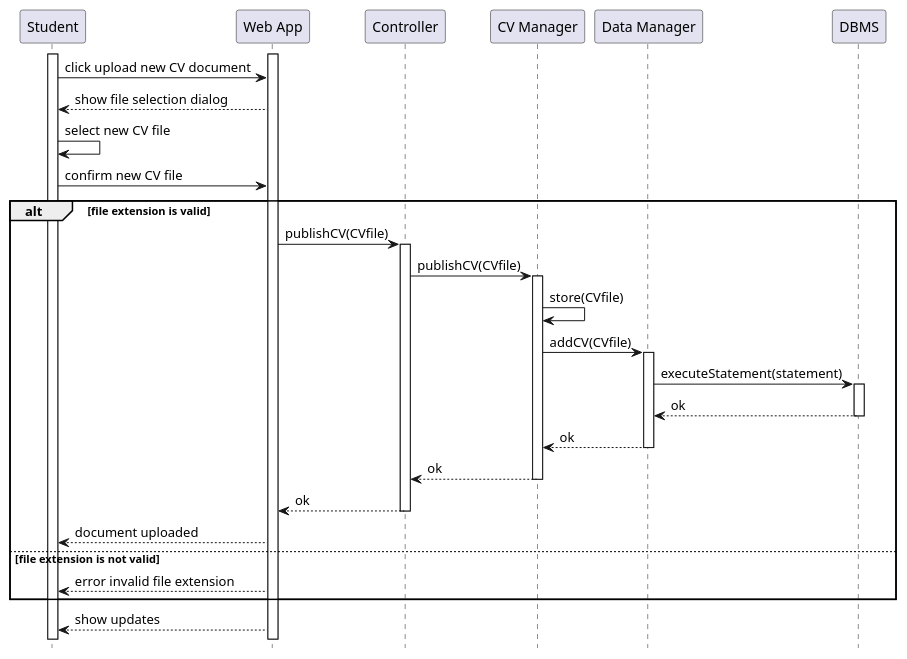
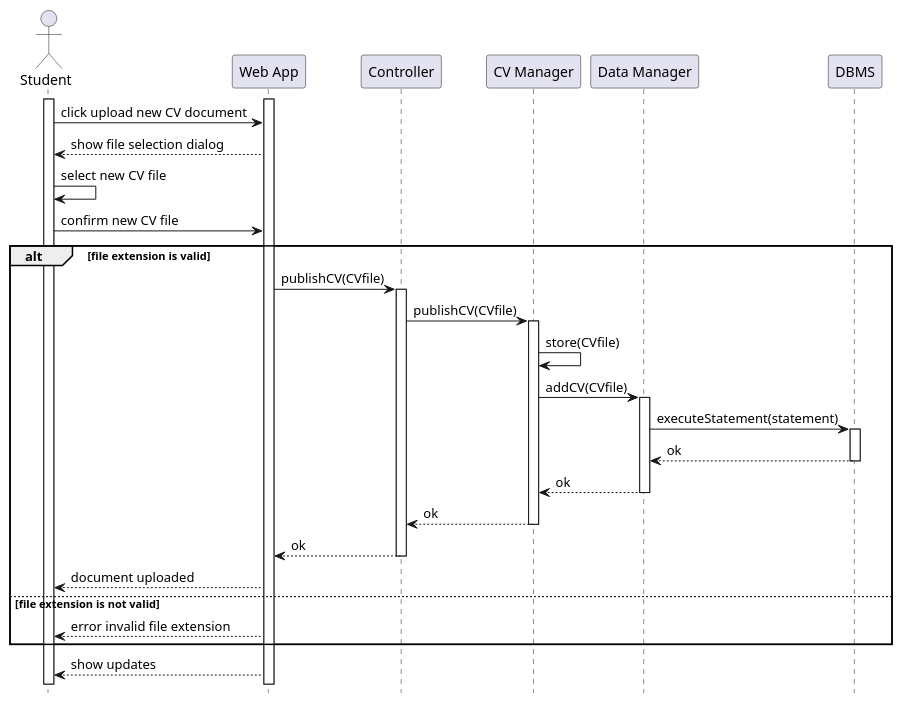
The diagram in DD/Architectural_design/uml_diagrams/RV12_diagram.puml (matti8702/R_and_DD_project_SE2), drawn with PlantUML before and after one commit. The commit also changed 9 other files, not shown here.

```diff
--- a/DD/Architectural_design/uml_diagrams/RV12_diagram.puml
+++ b/DD/Architectural_design/uml_diagrams/RV12_diagram.puml
@@ -1,45 +1,45 @@
 @startuml RV12_diagram
 hide footbox
 
-participant "Student" as S 
+actor "Student" as S 
 participant "Web App" as W
 participant "Controller" AS C
 participant "CV Manager" AS CM
 participant "Data Manager" AS DM
 participant "DBMS" AS RD
 
 activate S
 activate W
 
 S -> W: click upload new CV document
 W --> S: show file selection dialog
 S -> S: select new CV file 
 S -> W: confirm new CV file
 
 alt file extension is valid
 W -> C: publishCV(CVfile)
 activate C
 C -> CM: publishCV(CVfile)
 activate CM
 CM -> CM: store(CVfile)
 CM -> DM: addCV(CVfile)
 activate DM
 DM -> RD: executeStatement(statement)
 activate RD
 RD --> DM: ok
 deactivate RD
 DM --> CM: ok
 deactivate DM
 CM --> C: ok
 deactivate CM
 C --> W: ok
 deactivate C 
 W --> S: document uploaded
 
 else file extension is not valid
 W --> S: error invalid file extension
 end
 
 W --> S: show updates
 
 @enduml
```
